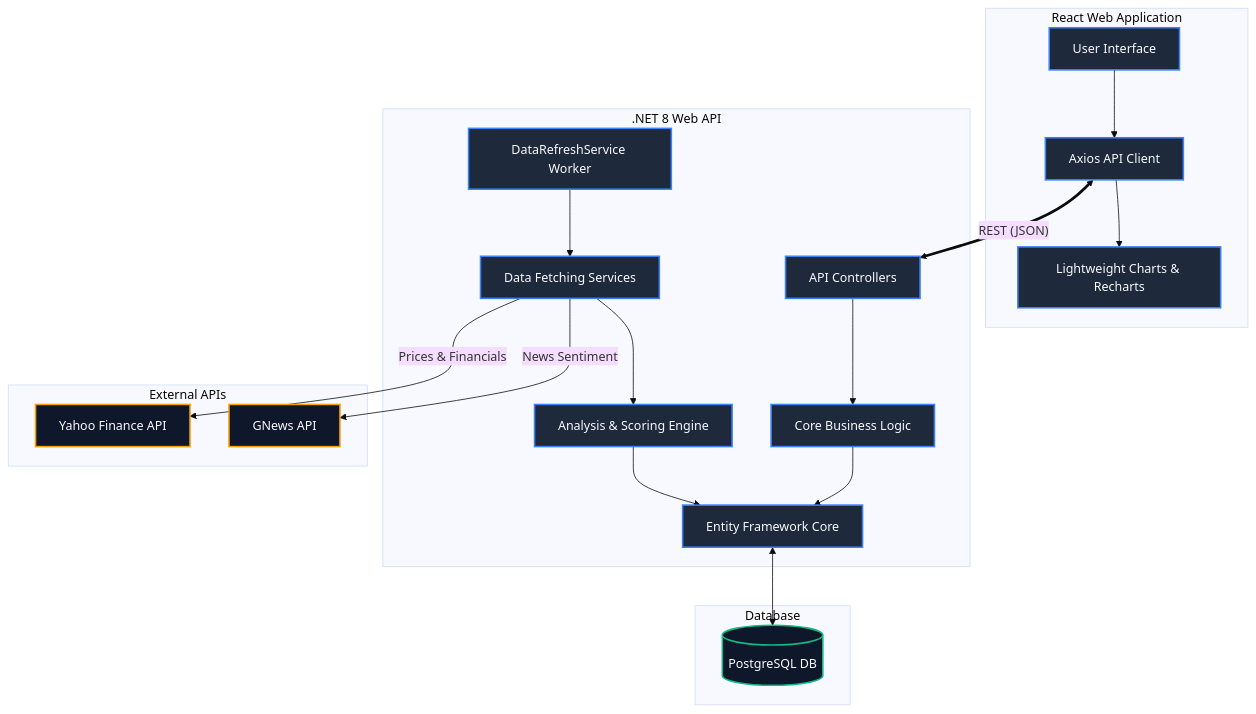
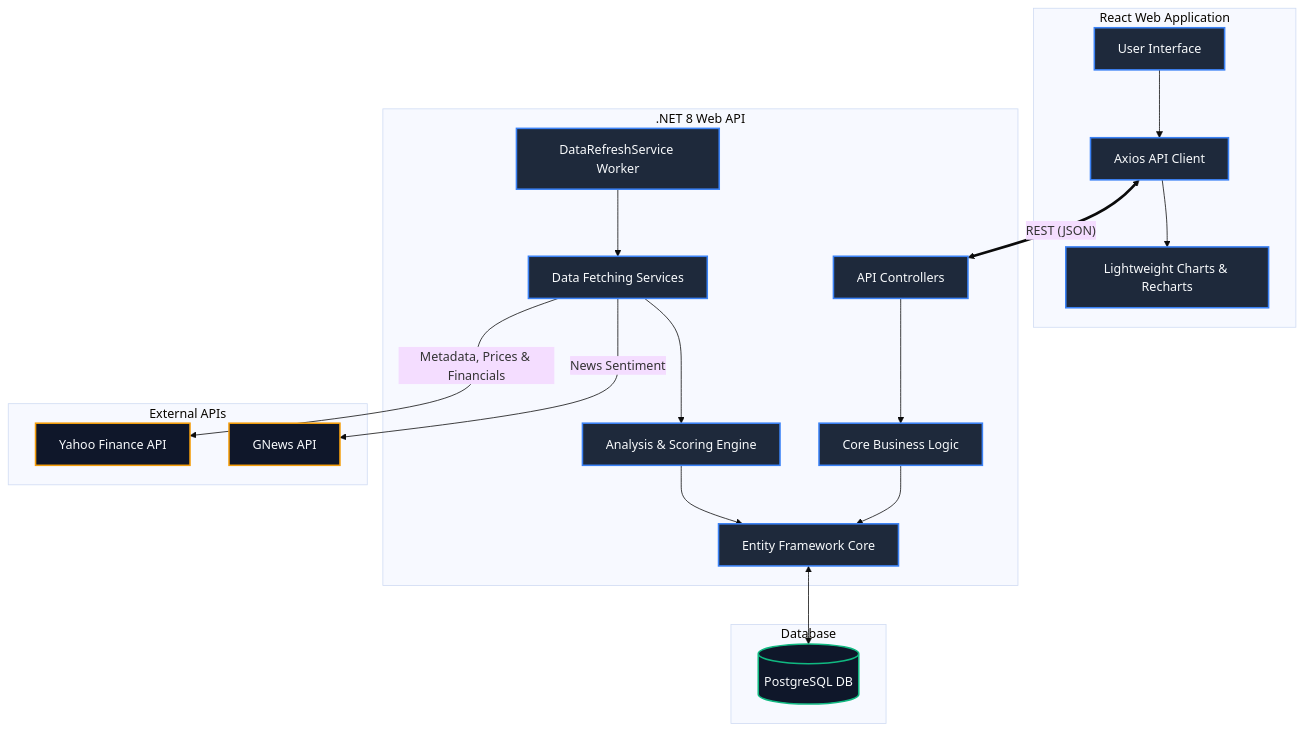
One commit to kausaur/stockfinder changed the diagram in docs/architecture.md. Above: the diagram before and after it, drawn with Mermaid (base theme). The commit also changed other lines of this file and 2 other files, not shown here.

Commit message:
docs: update architecture, data flow, and analysis docs

````diff
--- a/docs/architecture.md
+++ b/docs/architecture.md
@@ -7,34 +7,34 @@
 ```mermaid
 graph TD
     subgraph Frontend [React Web Application]
         UI[User Interface] --> API_Client[Axios API Client]
         API_Client --> Charts[Lightweight Charts & Recharts]
     end
 
     subgraph Backend [.NET 8 Web API]
         Controllers[API Controllers] --> Core_Services[Core Business Logic]
         Core_Services --> EF_Core[Entity Framework Core]
         
         BackgroundWorker[DataRefreshService Worker] --> Data_Services[Data Fetching Services]
         Data_Services --> Analysis_Engine[Analysis & Scoring Engine]
         Analysis_Engine --> EF_Core
     end
 
     subgraph External APIs
-        Data_Services -- "Prices & Financials" --> YahooFinance[Yahoo Finance API]
+        Data_Services -- "Metadata, Prices & Financials" --> YahooFinance[Yahoo Finance API]
         Data_Services -- "News Sentiment" --> GNews[GNews API]
     end
 
     subgraph Database
         EF_Core <--> PostgreSQL[(PostgreSQL DB)]
     end
 
     API_Client <== "REST (JSON)" ==> Controllers
     
     classDef default fill:#1e293b,stroke:#3b82f6,stroke-width:2px,color:#f8fafc;
     classDef external fill:#0f172a,stroke:#f59e0b,stroke-width:2px,color:#f8fafc;
     classDef database fill:#0f172a,stroke:#10b981,stroke-width:2px,color:#f8fafc;
     
     class YahooFinance,GNews external;
     class PostgreSQL database;
 ```
````
